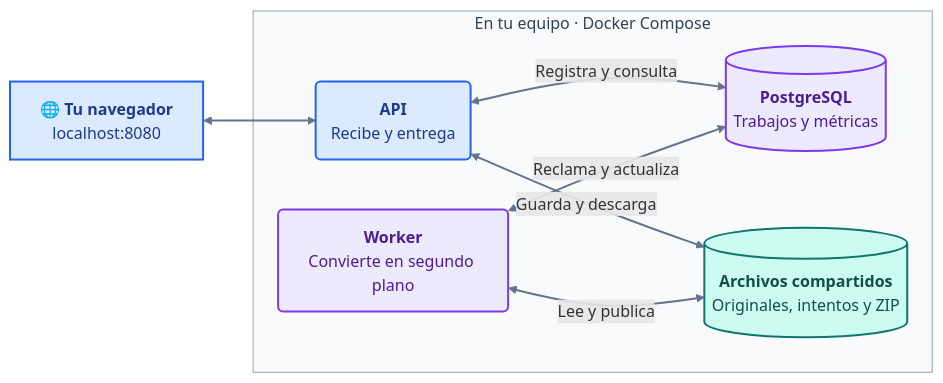
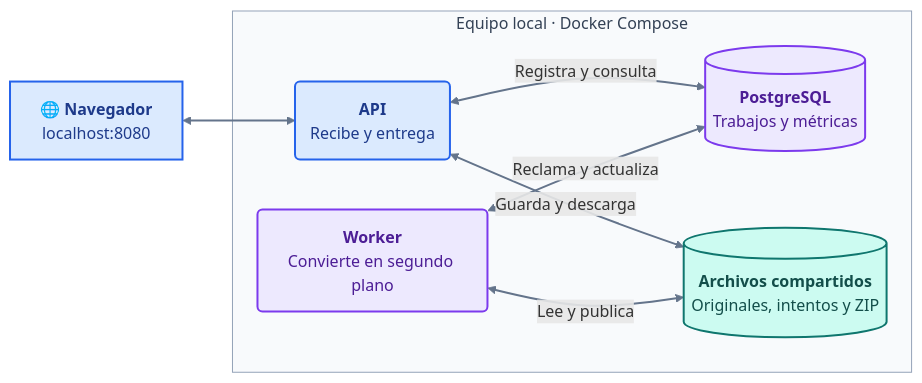
One commit to jpadillaa/rs_okf_microservice changed the fifth of 7 diagrams in README.md. Above: the diagram before and after it, drawn with Mermaid. The commit also changed other lines of this file, not shown here.

````diff
--- a/README.md
+++ b/README.md
@@ -157,24 +157,24 @@
 ```mermaid
 flowchart LR
     accTitle: Despliegue local con Docker Compose
     accDescr: El navegador habla con la API en localhost 8080. API y worker comparten PostgreSQL para los trabajos y un volumen de archivos para originales y resultados. Compose ejecuta tres servicios en el mismo equipo.
-    d5_browser["🌐 <b>Tu navegador</b><br/>localhost:8080"] <--> d5_api
-    subgraph d5_local["En tu equipo · Docker Compose"]
+    d5_browser["🌐 <b>Navegador</b><br/>localhost:8080"] <--> d5_api
+    subgraph d5_local["Equipo local · Docker Compose"]
         d5_api("<b>API</b><br/>Recibe y entrega")
         d5_worker("<b>Worker</b><br/>Convierte en segundo plano")
         d5_db[("<b>PostgreSQL</b><br/>Trabajos y métricas")]
         d5_files[("<b>Archivos compartidos</b><br/>Originales, intentos y ZIP")]
         d5_api <-->|Registra y consulta| d5_db
         d5_worker <-->|Reclama y actualiza| d5_db
         d5_api <-->|Guarda y descarga| d5_files
         d5_worker <-->|Lee y publica| d5_files
     end
     classDef input fill:#DBEAFE,stroke:#2563EB,color:#1E3A8A,stroke-width:2px;
     classDef process fill:#EDE9FE,stroke:#7C3AED,color:#4C1D95,stroke-width:2px;
     classDef output fill:#CCFBF1,stroke:#0F766E,color:#134E4A,stroke-width:2px;
     class d5_browser,d5_api input;
     class d5_worker,d5_db process;
     class d5_files output;
     style d5_local fill:#F8FAFC,stroke:#94A3B8,color:#334155,stroke-width:1px;
     linkStyle default stroke:#64748B,stroke-width:2px;
 ```
````
